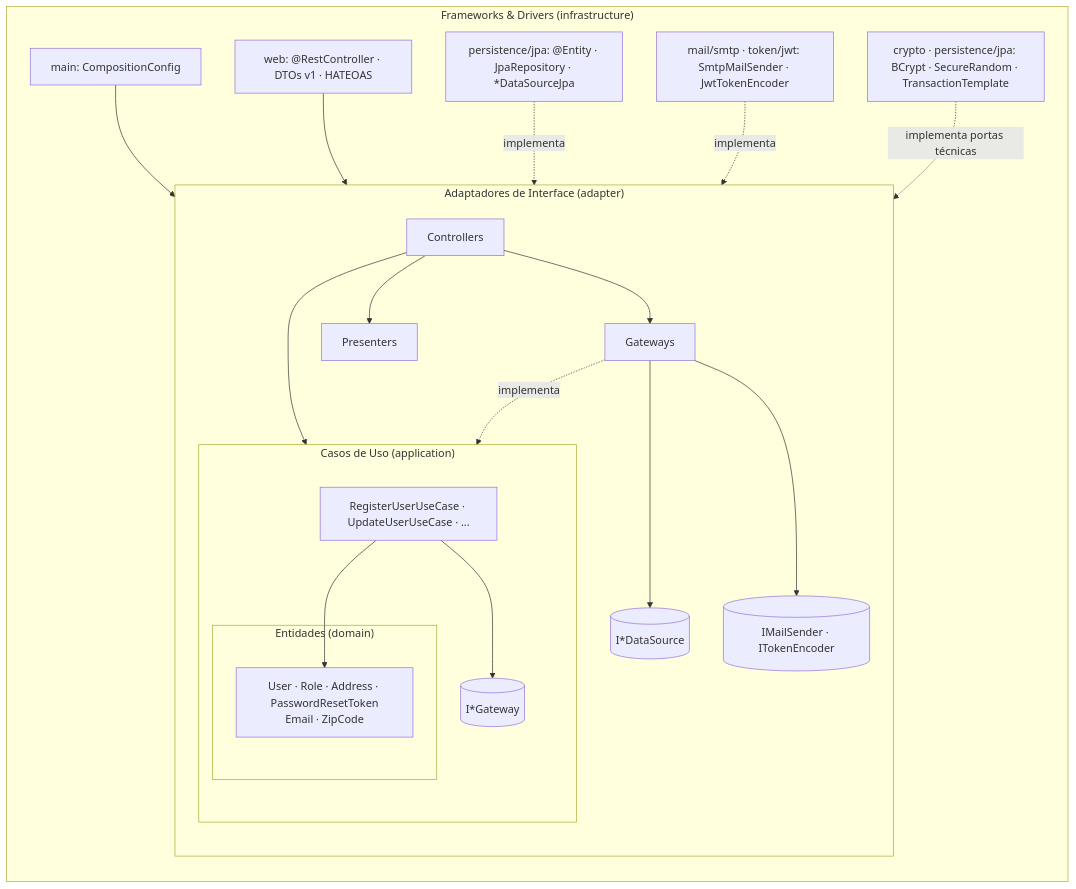
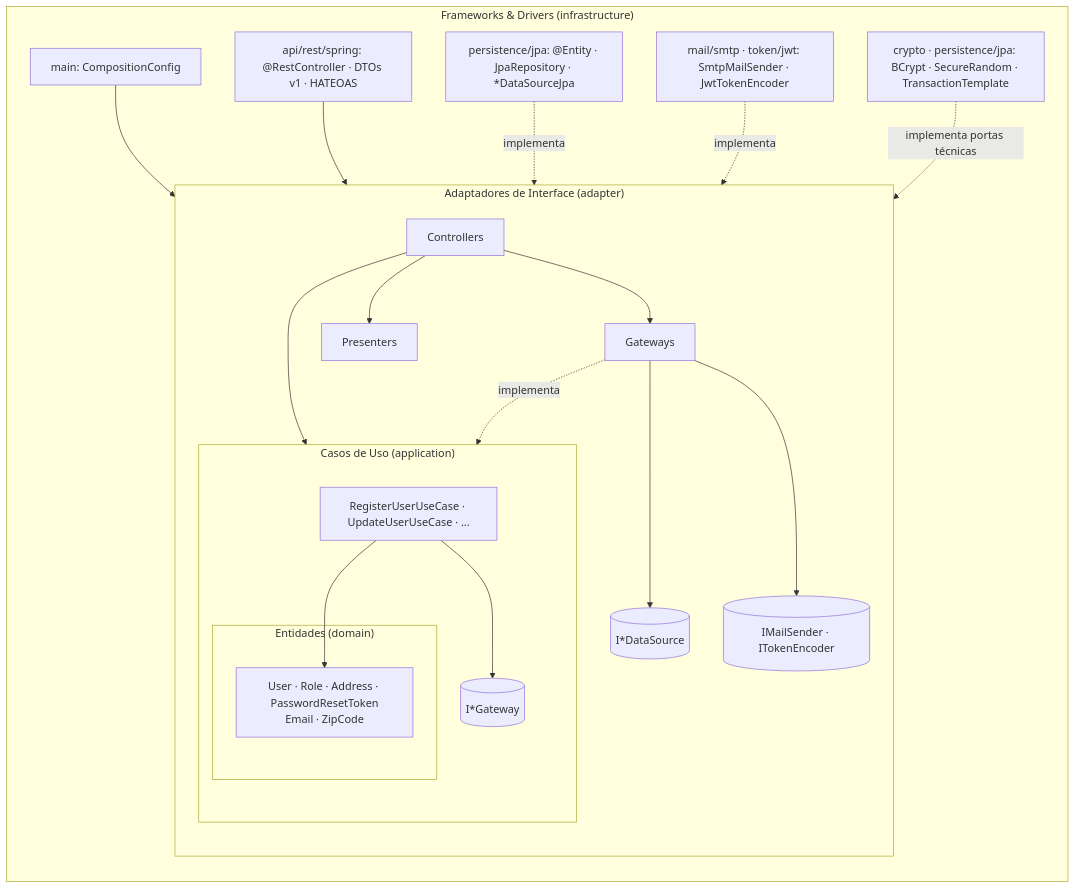
The first of 2 diagrams in relatorios/relatorio-tech-challenge-fase02-v1.0.md (felipe11dias/postech-fase2-restaurantes-app), drawn with Mermaid before and after one commit. The commit also changed other lines of this file and 8 other files, not shown here.

First line of the commit message:
docs: registra a etapa 15 - API REST organizada como MVC

````diff
--- a/relatorios/relatorio-tech-challenge-fase02-v1.0.md
+++ b/relatorios/relatorio-tech-challenge-fase02-v1.0.md
@@ -135,40 +136,40 @@
 ```mermaid
 flowchart TB
     subgraph FD["Frameworks & Drivers  (infrastructure)"]
         direction TB
         subgraph IA["Adaptadores de Interface  (adapter)"]
             direction TB
             subgraph UC["Casos de Uso  (application)"]
                 direction TB
                 subgraph EN["Entidades  (domain)"]
                     E[User · Role · Address · PasswordResetToken<br/>Email · ZipCode]
                 end
                 U[RegisterUserUseCase · UpdateUserUseCase · ...]
                 G[(I*Gateway)]
             end
             C[Controllers]
             GW[Gateways]
             DS[("I*DataSource")]
             SV[("IMailSender · ITokenEncoder")]
             P[Presenters]
         end
-        W["web: @RestController · DTOs v1 · HATEOAS"]
+        W["api/rest/spring: @RestController · DTOs v1 · HATEOAS"]
         J["persistence/jpa: @Entity · JpaRepository · *DataSourceJpa"]
         S["mail/smtp · token/jwt: SmtpMailSender · JwtTokenEncoder"]
         T["crypto · persistence/jpa: BCrypt · SecureRandom · TransactionTemplate"]
         M["main: CompositionConfig"]
     end
     M --> C
     W --> C
     C --> GW
     C --> U
     C --> P
     GW -.implementa.-> G
     GW --> DS
     GW --> SV
     U --> G
     U --> E
     J -.implementa.-> DS
     S -.implementa.-> SV
     T -.implementa portas técnicas.-> G
 ```
````
